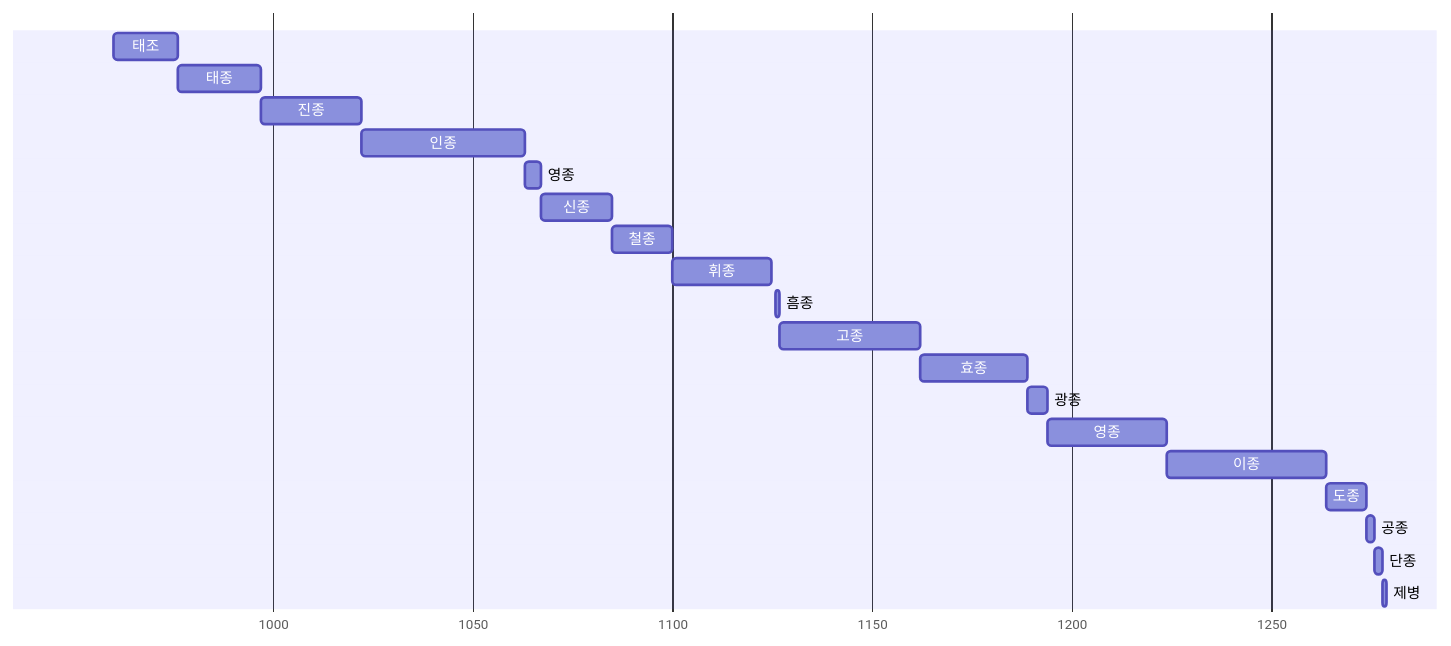
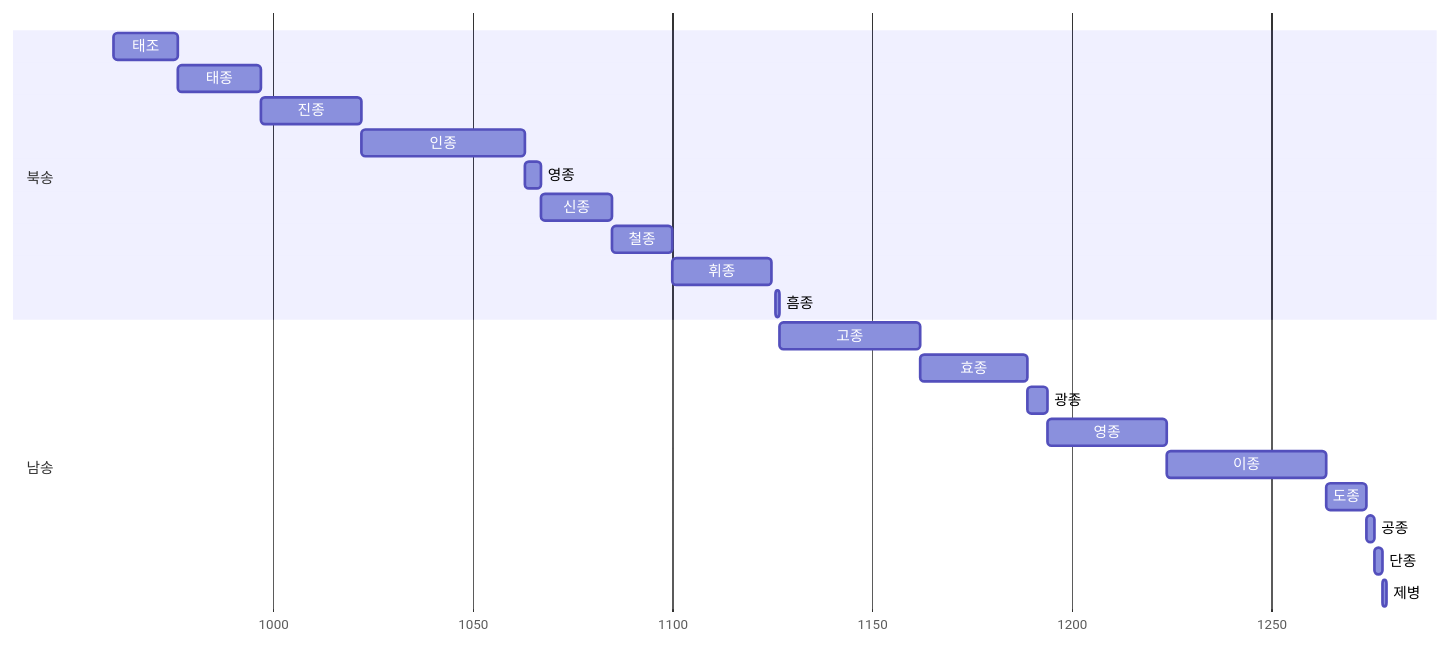
The second of 2 diagrams in 중국사/송왕조.md (daewonyoon/historigram), drawn with Mermaid before and after one commit. The commit also changed 1 other file, not shown here.

Commit message:
송왕조.

````diff
--- a/중국사/송왕조.md
+++ b/중국사/송왕조.md
@@ -19,27 +19,29 @@
 ```mermaid
 gantt
 
 dateFormat YYYY
 axisFormat %Y
 
-
+section 북송
 태조: 0960,0976
 태종: 0976,0997
 진종: 0997,1022
 인종: 1022,1063
 영종: 1063, 1067
 신종: 1067, 1085
 철종: 1085, 1100
 휘종: 1100, 1125
 흠종: 1126, 1127
+
+section 남송
 고종: 1127, 1162
 효종: 1162, 1189
 광종: 1189, 1194
 영종: 1194, 1224
 이종: 1224, 1264
 도종: 1264, 1274
 공종: 1274, 1276
 단종: 1276, 1278
 제병: 1278, 1279
 
 ```
````
